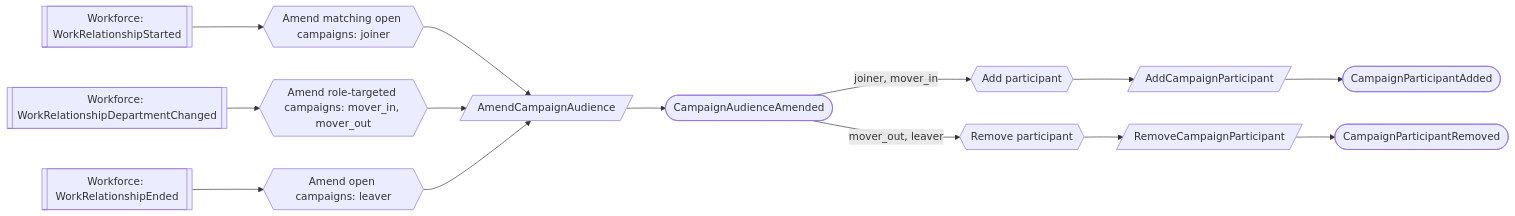
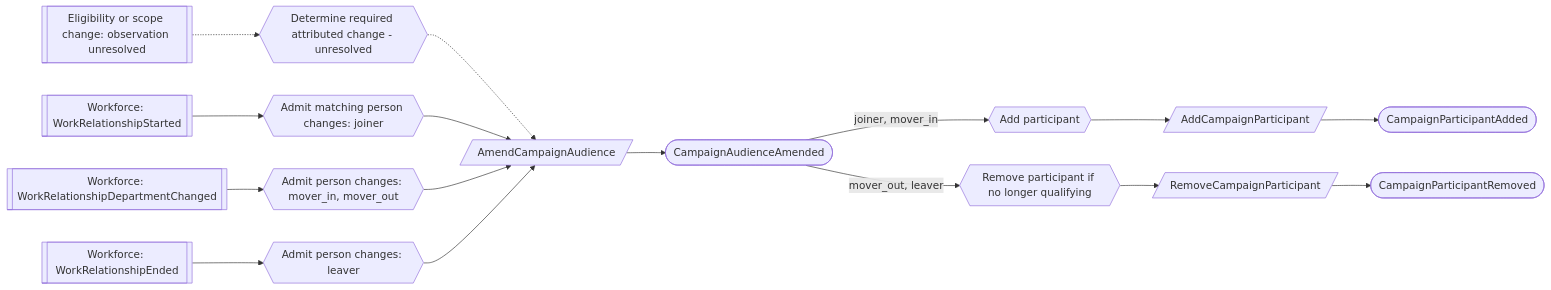
Before and after one commit to bdgrz/compliance-core: the sixth of 6 diagrams in docs/proposed/contexts/policies.md, drawn with Mermaid. The commit also changed other lines of this file and 1812 other files, not shown here.

````diff
--- a/docs/proposed/contexts/policies.md
+++ b/docs/proposed/contexts/policies.md
@@ -235,12 +352,14 @@
 ```mermaid
 flowchart LR
-    X1[[Workforce: WorkRelationshipStarted]] --> R1{{Amend matching open campaigns: joiner}}
-    X2[[Workforce: WorkRelationshipDepartmentChanged]] --> R2{{"Amend role-targeted campaigns: mover_in, mover_out"}}
-    X3[[Workforce: WorkRelationshipEnded]] --> R3{{Amend open campaigns: leaver}}
+    X1[[Workforce: WorkRelationshipStarted]] --> R1{{Admit matching person changes: joiner}}
+    X2[[Workforce: WorkRelationshipDepartmentChanged]] --> R2{{"Admit person changes: mover_in, mover_out"}}
+    X3[[Workforce: WorkRelationshipEnded]] --> R3{{Admit person changes: leaver}}
+    X4[[Eligibility or scope change: observation unresolved]] -.-> R6{{Determine required attributed change - unresolved}}
+    R6 -.-> C1
     R1 --> C1[/AmendCampaignAudience/]
     R2 --> C1
     R3 --> C1
     C1 --> E1([CampaignAudienceAmended])
     E1 -->|joiner, mover_in| R4{{Add participant}} --> C2[/AddCampaignParticipant/] --> E2([CampaignParticipantAdded])
-    E1 -->|mover_out, leaver| R5{{Remove participant}} --> C3[/RemoveCampaignParticipant/] --> E3([CampaignParticipantRemoved])
+    E1 -->|mover_out, leaver| R5{{Remove participant if no longer qualifying}} --> C3[/RemoveCampaignParticipant/] --> E3([CampaignParticipantRemoved])
 ```
````
